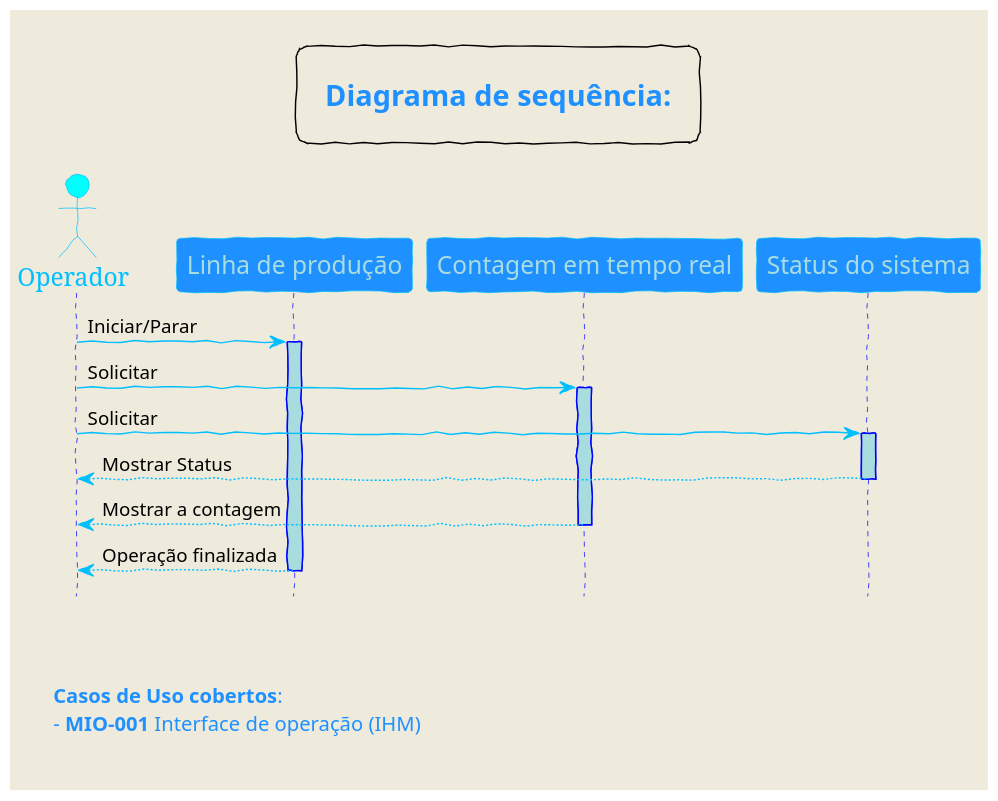
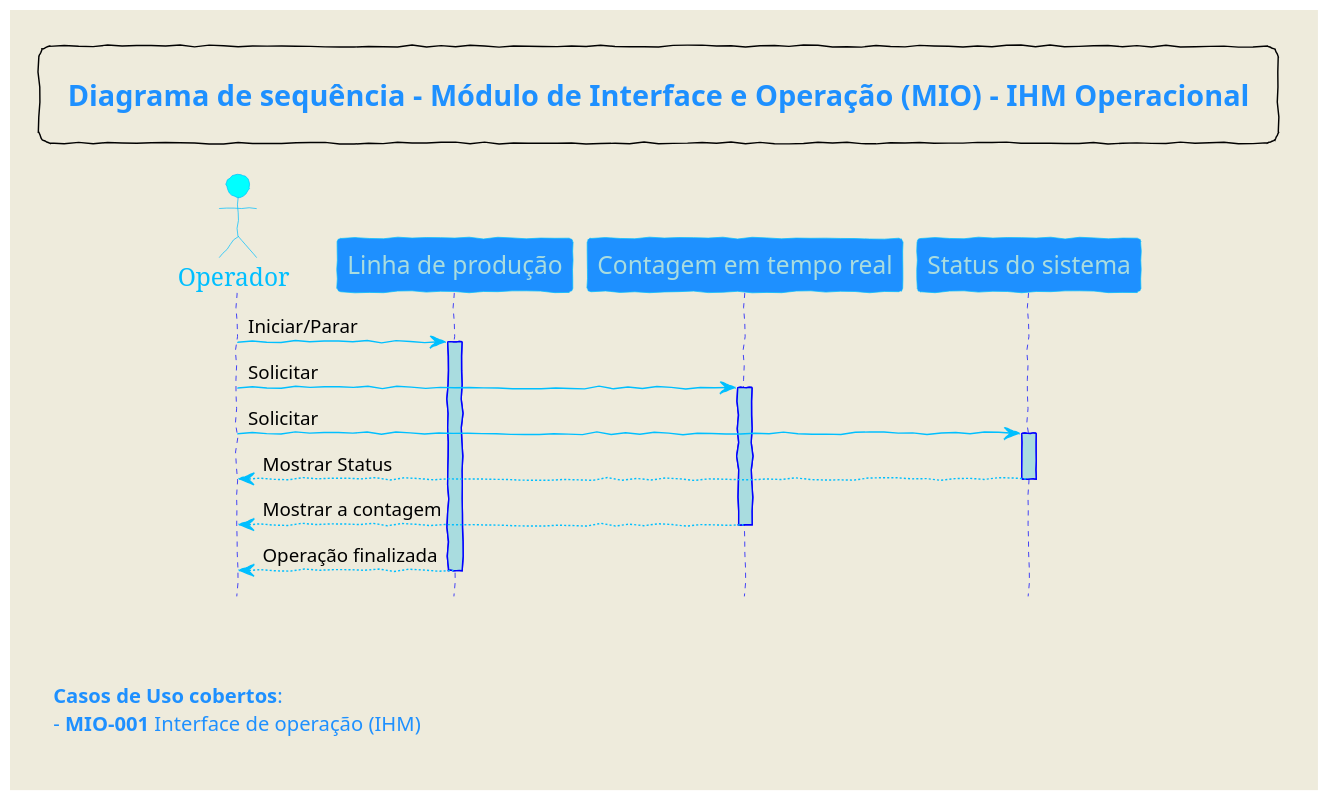
One commit to Embrapac/diagramas changed the diagram in DS-IHM-001.puml. Above: the diagram before and after it, drawn with PlantUML.

Commit message:
altera título DS-IHM

```diff
--- a/DS-IHM-001.puml
+++ b/DS-IHM-001.puml
@@ -1,98 +1,98 @@
 @startuml
 'Parametros de dimensões:
 scale 750 width
 scale 750 height
 
 'Parametros de cor:
 skinparam backgroundColor #EEEBDC
 skinparam handwritten true
 skinparam sequenceArrowColor DeepSkyBlue
 skinparam sequenceActorBorderColor DeepSkyBlue
 skinparam sequenceLifeLineBorderColor blue
 skinparam sequenceLifeLineBackgroundColor #A9DCDF
 skinparam sequenceParticipantBorderColor DeepSkyBlue
 skinparam sequenceParticipantBackgroundColor DodgerBlue
 skinparam sequenceParticipantFontName Impact
 skinparam sequenceParticipantFontSize 17
 skinparam sequenceParticipantFontColor #A9DCDF
 skinparam sequenceActorBackgroundColor aqua
 skinparam sequenceActorFontColor DeepSkyBlue
 skinparam sequenceActorFontSize 17
 skinparam sequenceActorFontName Aapex
 
 <style>
 footer {
   HorizontalAlignment left
   FontSize 14
   FontColor DodgerBlue  
   FontName Arial
   Margin 20
   Padding 10
 }
 legend {
   HorizontalAlignment center
   FontSize 20
   FontColor DodgerBlue  
   FontName Arial
   Margin 20
   Padding 20
 }
 </style>
 
 hide footbox
 
 actor Operador
 participant "Linha de produção" as A
 participant "Contagem em tempo real" as B
 participant "Status do sistema" as C
 
 '======================================================
 '                      Inicio
 '======================================================
 
 'Comando de iniciar/parar:
 Operador -> A: Iniciar/Parar
 activate A
 '------------------------------------------------------
 
 'Solicitar Contagem
 Operador -> B: Solicitar
 activate B
 '------------------------------------------------------
 
 'Solicitar o Status 
 Operador-> C: Solicitar
 activate C
 '------------------------------------------------------
 
 C --> Operador: Mostrar Status
 deactivate C
 '------------------------------------------------------
 
 B --> Operador: Mostrar a contagem
 deactivate B
 '------------------------------------------------------
 
 A --> Operador: Operação finalizada
 deactivate A
 '------------------------------------------------------
 
 
 '=====================================================
 'Notas:
 '=====================================================
 
 legend top
-**Diagrama de sequência:**
+**Diagrama de sequência - Módulo de Interface e Operação (MIO) - IHM Operacional**
 end legend
 
 footer
 
 
 **Casos de Uso cobertos**:
  - **MIO-001** Interface de operação (IHM)
 end footer
 
 
 
 @enduml
```
